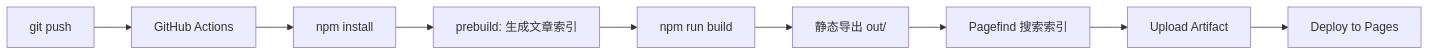
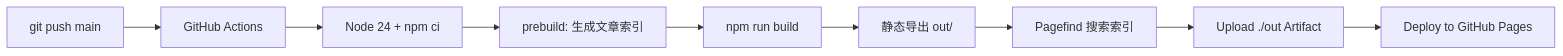
Before and after one commit to SanshuiBot/sanshui-blog: the diagram in README.md, drawn with Mermaid. The commit also changed other lines of this file and 9 other files, not shown here.

````diff
--- a/README.md
+++ b/README.md
@@ -242,11 +246,11 @@
 ```mermaid
 graph LR
-  A["git push"] --> B["GitHub Actions"]
-  B --> C["npm install"]
+  A["git push main"] --> B["GitHub Actions"]
+  B --> C["Node 24 + npm ci"]
   C --> D["prebuild: 生成文章索引"]
   D --> E["npm run build"]
   E --> F["静态导出 out/"]
   F --> G["Pagefind 搜索索引"]
-  G --> H["Upload Artifact"]
-  H --> I["Deploy to Pages"]
+  G --> H["Upload ./out Artifact"]
+  H --> I["Deploy to GitHub Pages"]
 ```
````
